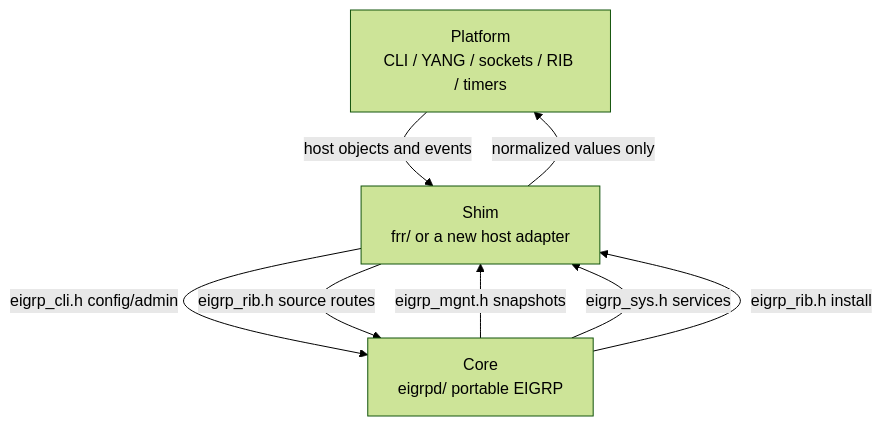
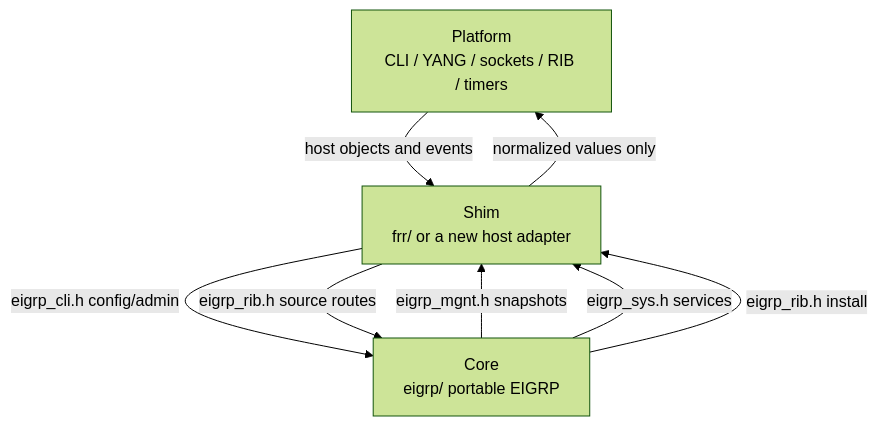
The diagram in README.md (diivious/eigrp), drawn with Mermaid (forest theme) before and after one commit. The commit also changed other lines of this file and 369 other files, not shown here.

````diff
--- a/README.md
+++ b/README.md
@@ -86,14 +80,14 @@
 ```mermaid
 flowchart TB
   platform["Platform<br/>CLI / YANG / sockets / RIB / timers"]
   shim["Shim<br/>frr/ or a new host adapter"]
-  core["Core<br/>eigrpd/ portable EIGRP"]
+  core["Core<br/>eigrp/ portable EIGRP"]
 
   platform -->|"host objects and events"| shim
   shim -->|"eigrp_cli.h config/admin"| core
   core -->|"eigrp_mgnt.h snapshots"| shim
   core -->|"eigrp_sys.h services"| shim
   core -->|"eigrp_rib.h install"| shim
   shim -->|"eigrp_rib.h source routes"| core
   shim -->|"normalized values only"| platform
 ```
````
